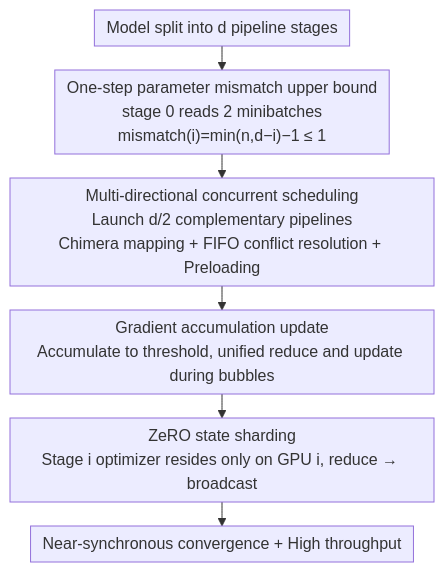
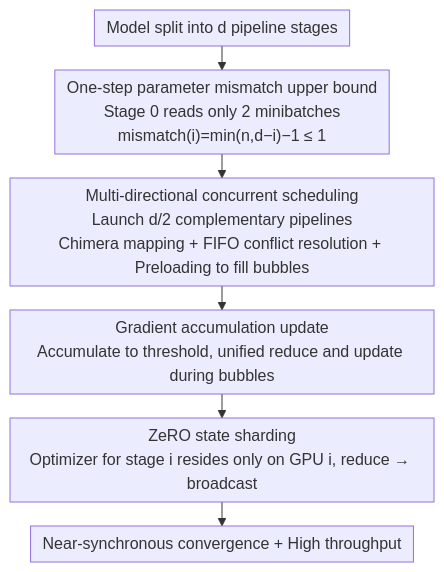
Before and after one commit to zhaoyang97/Paper-Notes-en: the diagram in docs/ICML2026/others/amdp_asynchronous_multi-directional_pipeline_parallelism_for_large-scale_models_.md, drawn with Mermaid. The commit also changed other lines of this file and 5084 other files, not shown here.

````diff
--- a/docs/ICML2026/others/amdp_asynchronous_multi-directional_pipeline_parallelism_for_large-scale_models_.md
+++ b/docs/ICML2026/others/amdp_asynchronous_multi-directional_pipeline_parallelism_for_large-scale_models_.md
@@ -48,9 +48,9 @@
 ```mermaid
 %%{init: {'flowchart': {'rankSpacing': 24, 'nodeSpacing': 28, 'padding': 6, 'wrappingWidth': 400}}}%%
 flowchart TD
-    A["Model split into d pipeline stages"] --> B["One-step parameter mismatch upper bound<br/>stage 0 reads 2 minibatches<br/>mismatch(i)=min(n,d−i)−1 ≤ 1"]
-    B --> C["Multi-directional concurrent scheduling<br/>Launch d/2 complementary pipelines<br/>Chimera mapping + FIFO conflict resolution + Preloading"]
+    A["Model split into d pipeline stages"] --> B["One-step parameter mismatch upper bound<br/>Stage 0 reads only 2 minibatches<br/>mismatch(i)=min(n,d−i)−1 ≤ 1"]
+    B --> C["Multi-directional concurrent scheduling<br/>Launch d/2 complementary pipelines<br/>Chimera mapping + FIFO conflict resolution + Preloading to fill bubbles"]
     C --> D["Gradient accumulation update<br/>Accumulate to threshold, unified reduce and update during bubbles"]
-    D --> E["ZeRO state sharding<br/>Stage i optimizer resides only on GPU i, reduce → broadcast"]
+    D --> E["ZeRO state sharding<br/>Optimizer for stage i resides only on GPU i, reduce → broadcast"]
     E --> F["Near-synchronous convergence + High throughput"]
 ```
````
